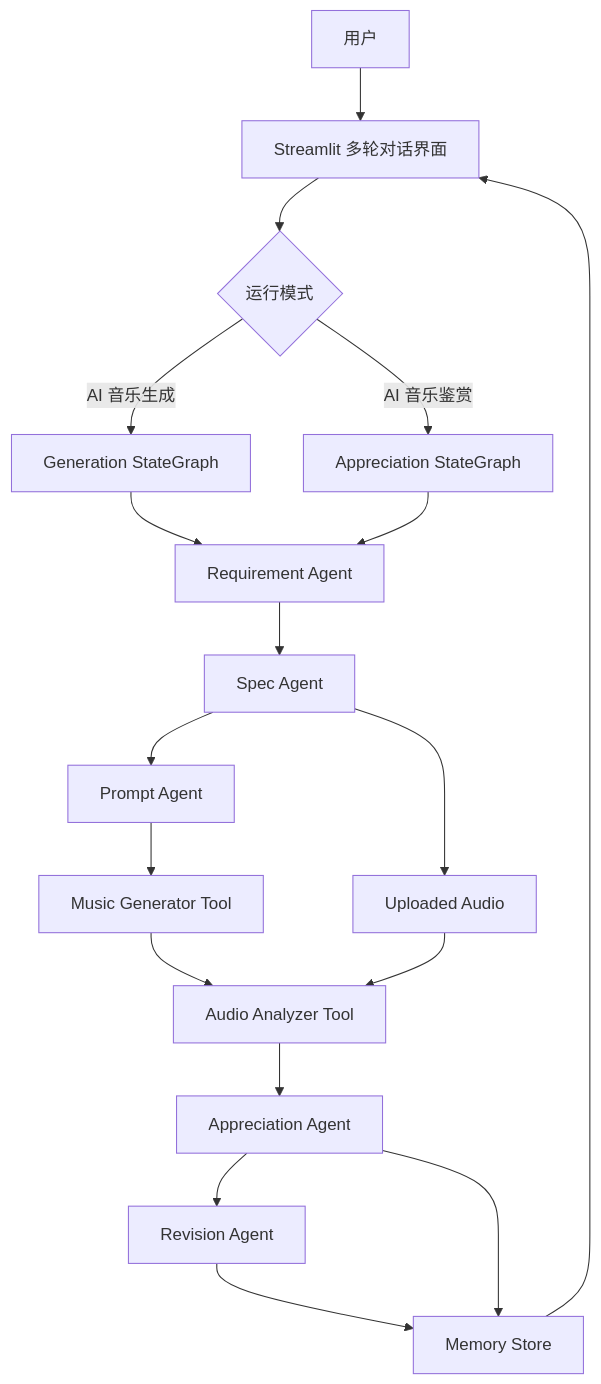
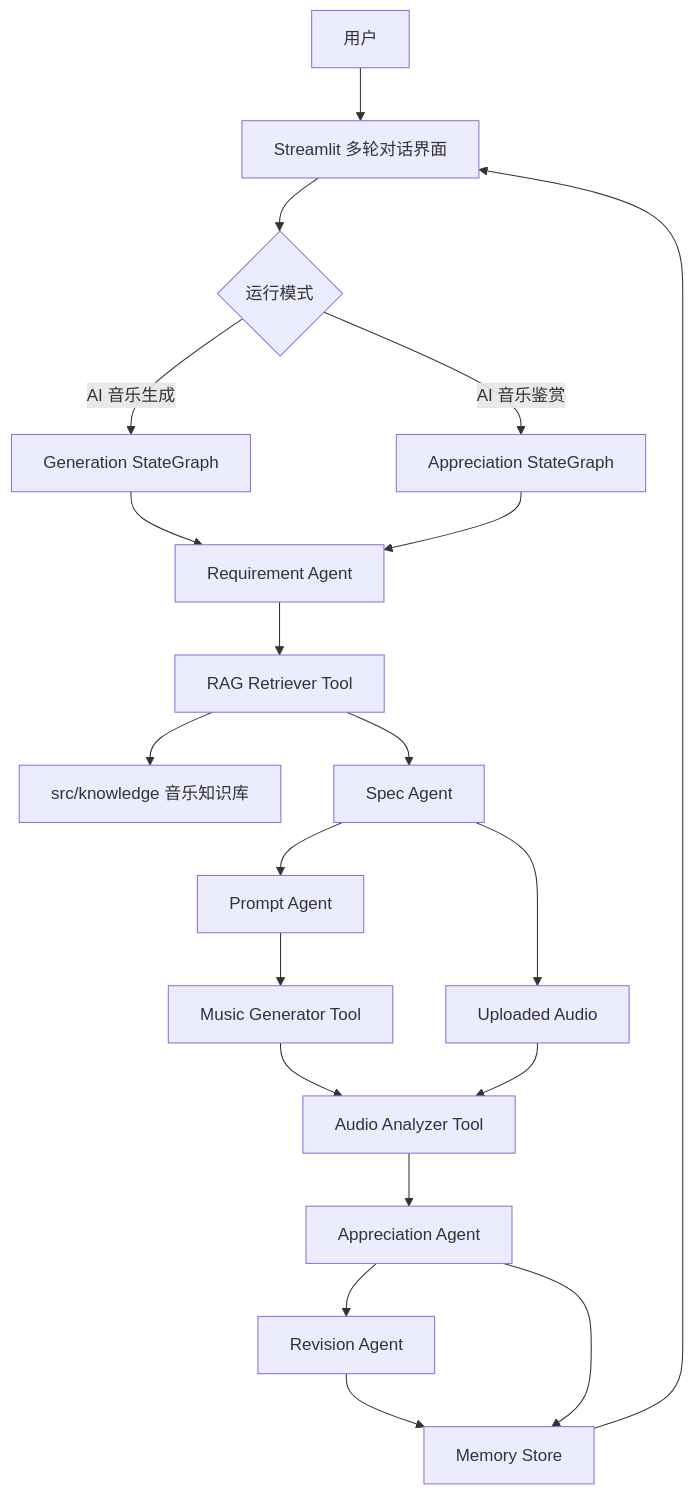
One commit to yangbiubiu4225-code/cs599-project changed the first of 4 diagrams in docs/CS599_大作业报告.md. Above: the diagram before and after it, drawn with Mermaid. The commit also changed other lines of this file and 12 other files, not shown here.

````diff
--- a/docs/CS599_大作业报告.md
+++ b/docs/CS599_大作业报告.md
@@ -275,23 +297,25 @@
 ```mermaid
 flowchart TD
     U["用户"] --> UI["Streamlit 多轮对话界面"]
     UI --> M{"运行模式"}
     M -->|"AI 音乐生成"| GG["Generation StateGraph"]
     M -->|"AI 音乐鉴赏"| AG["Appreciation StateGraph"]
 
     GG --> R["Requirement Agent"]
     AG --> R
-    R --> S["Spec Agent"]
+    R --> RAG["RAG Retriever Tool"]
+    RAG --> KB["src/knowledge 音乐知识库"]
+    RAG --> S["Spec Agent"]
     S --> P["Prompt Agent"]
     P --> G["Music Generator Tool"]
     G --> A["Audio Analyzer Tool"]
 
     S --> AU["Uploaded Audio"]
     AU --> A
 
     A --> C["Appreciation Agent"]
     C --> RV["Revision Agent"]
     RV --> H["Memory Store"]
     C --> H
     H --> UI
 ```
````
